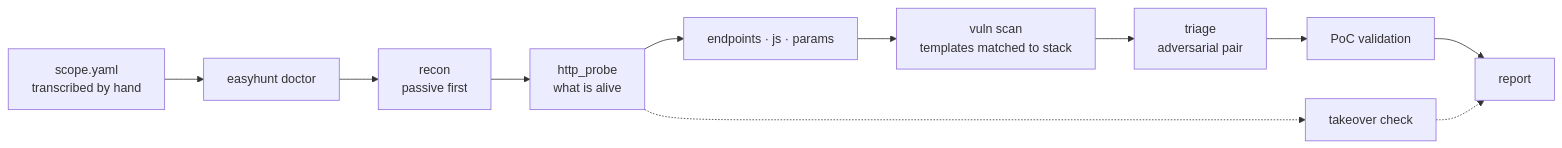
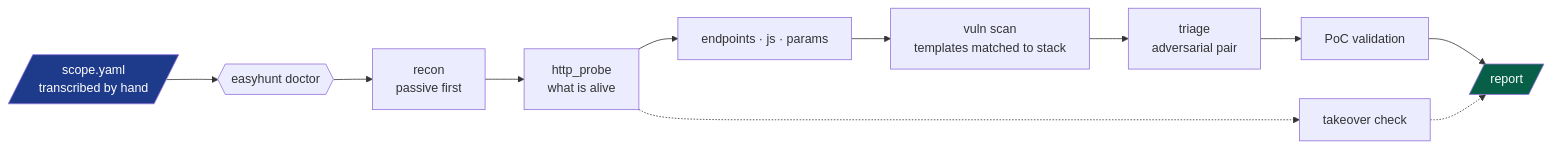
Before and after one commit to iamsecure1920/Cordon-AI: the fourth of 4 diagrams in README.md, drawn with Mermaid. The commit also changed other lines of this file and 1 other file, not shown here.

````diff
--- a/README.md
+++ b/README.md
@@ -113,13 +171,15 @@
 ```mermaid
 flowchart LR
-    S[scope.yaml<br/>transcribed by hand] --> D[easyhunt doctor]
+    S[/scope.yaml<br/>transcribed by hand/] --> D{{easyhunt doctor}}
     D --> R[recon<br/>passive first]
     R --> P[http_probe<br/>what is alive]
     P --> E[endpoints · js · params]
     E --> V[vuln scan<br/>templates matched to stack]
     V --> T[triage<br/>adversarial pair]
     T --> X[PoC validation]
-    X --> RPT[report]
+    X --> RPT[/report/]
     P -.-> TK[takeover check]
     TK -.-> RPT
+    style S fill:#1e3a8a,color:#fff
+    style RPT fill:#065f46,color:#fff
 ```
````
